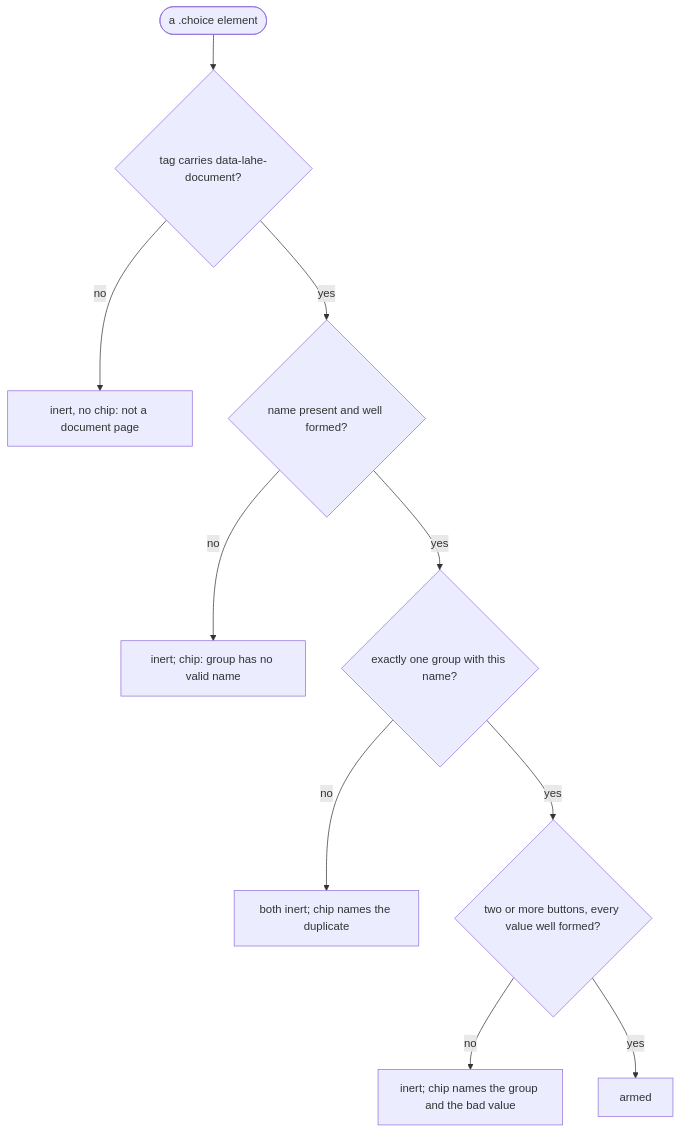
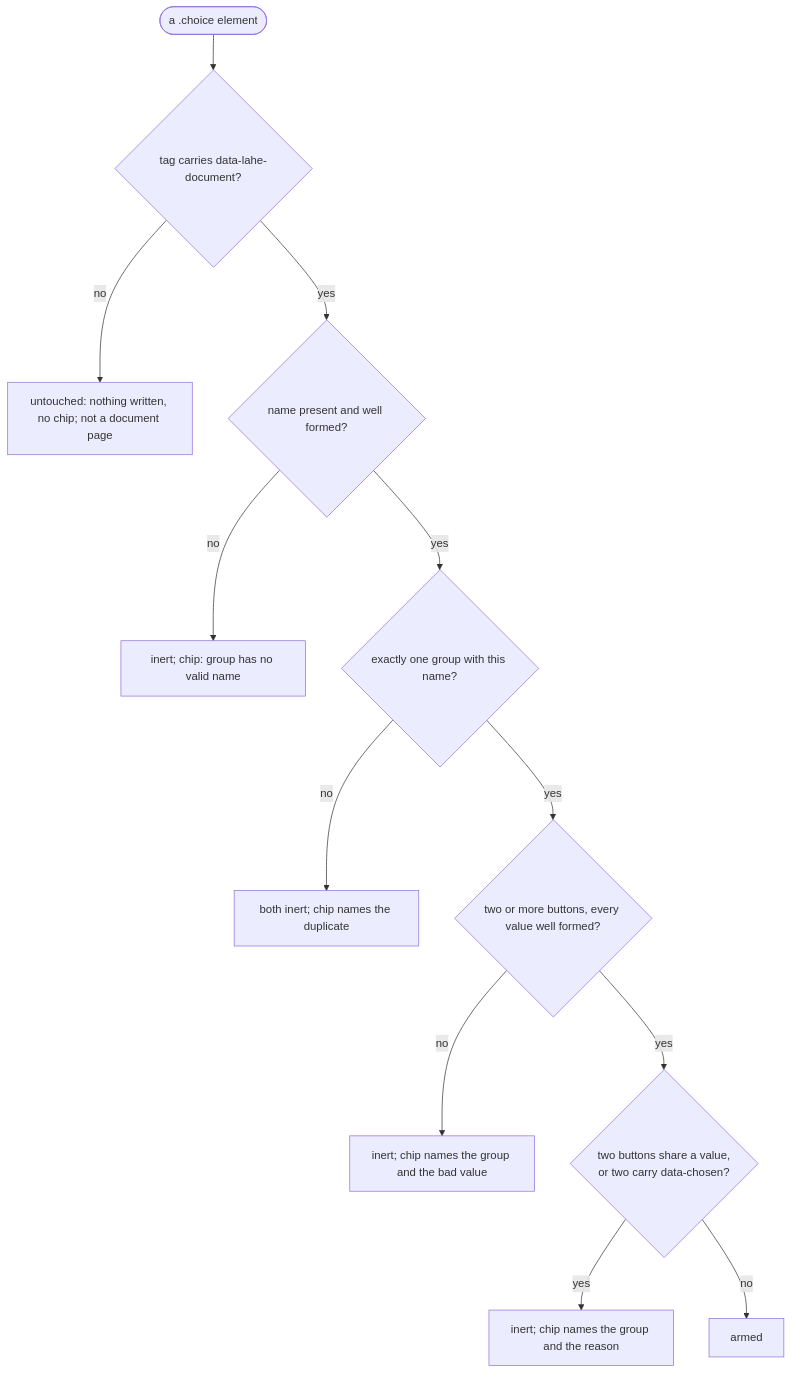
Before and after one commit to kenxle/live-agentic-html-editor: the second of 2 diagrams in docs/features/20261013.01_choice_buttons/02_architecture_choice_buttons.md, drawn with Mermaid. The commit also changed other lines of this file and 2 other files, not shown here.

Commit message:
Choice buttons: R9 follows the rail's brand words; architecture carries the builders' deviations; progress page gains Changes from plan

````diff
--- a/docs/features/20261013.01_choice_buttons/02_architecture_choice_buttons.md
+++ b/docs/features/20261013.01_choice_buttons/02_architecture_choice_buttons.md
@@ -142,12 +142,14 @@
 ```mermaid
 flowchart TD
   S([a .choice element]) --> T{tag carries data-lahe-document?}
-  T -- no --> I[inert, no chip: not a document page]
+  T -- no --> I[untouched: nothing written, no chip; not a document page]
   T -- yes --> U{name present and well formed?}
   U -- no --> C1[inert; chip: group has no valid name]
   U -- yes --> V{exactly one group with this name?}
   V -- no --> C2[both inert; chip names the duplicate]
   V -- yes --> X{two or more buttons, every value well formed?}
   X -- no --> C3[inert; chip names the group and the bad value]
-  X -- yes --> Y[armed]
+  X -- yes --> Z{two buttons share a value,<br/>or two carry data-chosen?}
+  Z -- yes --> C4[inert; chip names the group and the reason]
+  Z -- no --> Y[armed]
 ```
````
